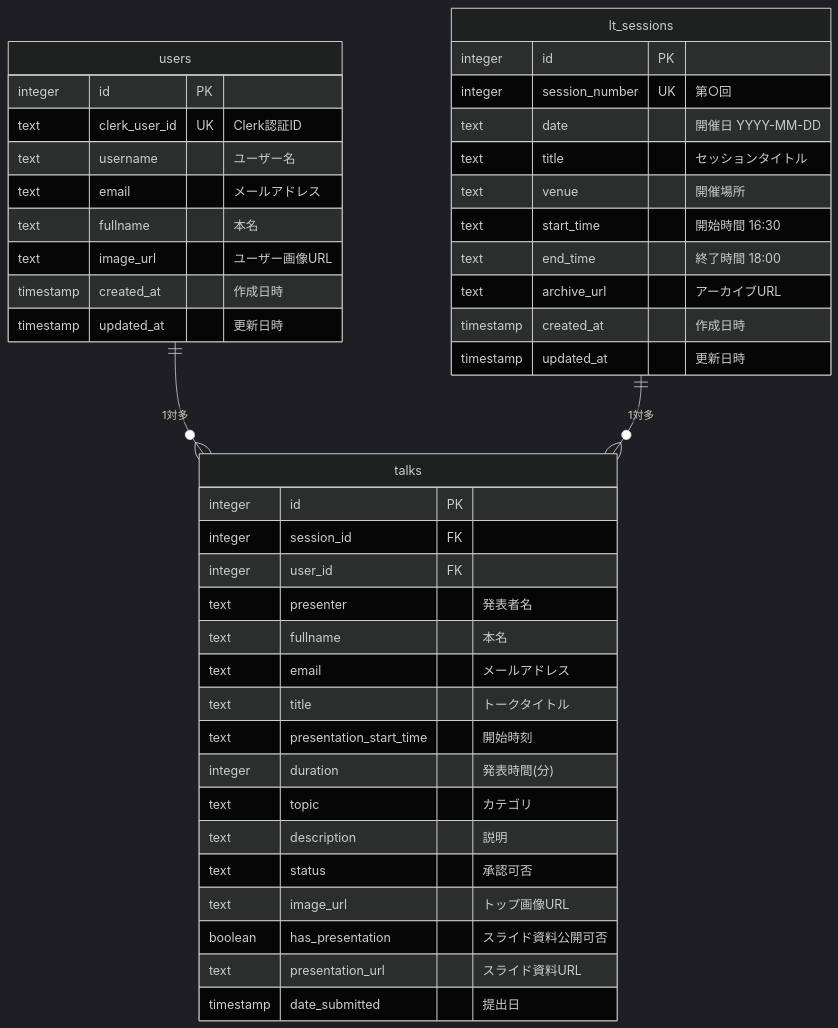
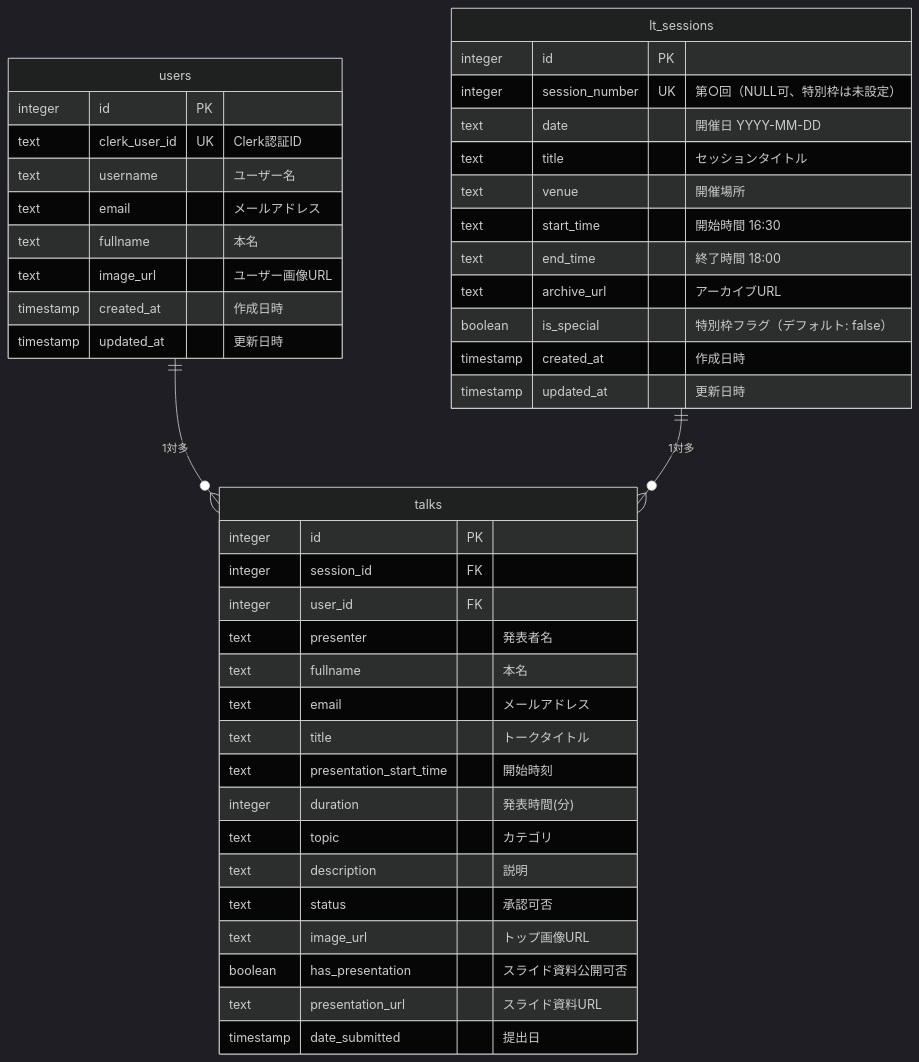
The diagram in docs/design/db.md (lvncer/lt), drawn with Mermaid (dark theme) before and after one commit. The commit also changed other lines of this file and 5 other files, not shown here.

````diff
--- a/docs/design/db.md
+++ b/docs/design/db.md
@@ -5,48 +5,49 @@
 ```mermaid
 erDiagram
     users {
         integer id PK
         text clerk_user_id UK "Clerk認証ID"
         text username "ユーザー名"
         text email "メールアドレス"
         text fullname "本名"
         text image_url "ユーザー画像URL"
         timestamp created_at "作成日時"
         timestamp updated_at "更新日時"
     }
 
     lt_sessions {
         integer id PK
-        integer session_number UK "第○回"
+        integer session_number UK "第○回（NULL可、特別枠は未設定）"
         text date "開催日 YYYY-MM-DD"
         text title "セッションタイトル"
         text venue "開催場所"
         text start_time "開始時間 16:30"
         text end_time "終了時間 18:00"
         text archive_url "アーカイブURL"
+        boolean is_special "特別枠フラグ（デフォルト: false）"
         timestamp created_at "作成日時"
         timestamp updated_at "更新日時"
     }
 
     talks {
         integer id PK
         integer session_id FK
         integer user_id FK
         text presenter "発表者名"
         text fullname "本名"
         text email "メールアドレス"
         text title "トークタイトル"
         text presentation_start_time "開始時刻"
         integer duration "発表時間(分)"
         text topic "カテゴリ"
         text description "説明"
         text status "承認可否"
         text image_url "トップ画像URL"
         boolean has_presentation "スライド資料公開可否"
         text presentation_url "スライド資料URL"
         timestamp date_submitted "提出日"
     }
 
     users ||--o{ talks : "1対多"
     lt_sessions ||--o{ talks : "1対多"
 ```
````
